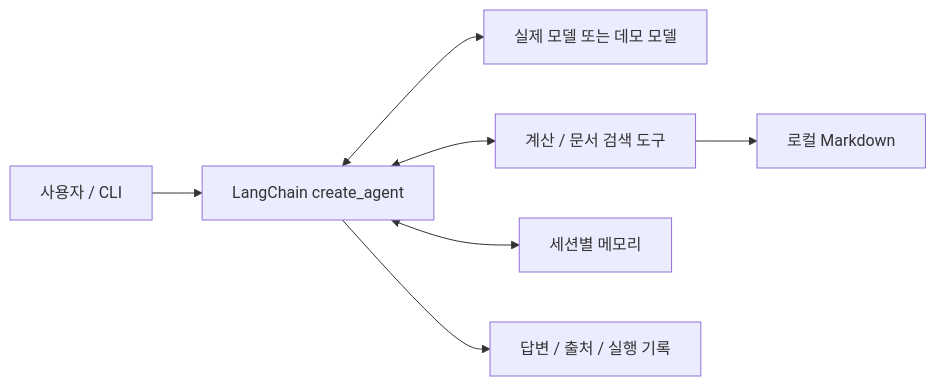
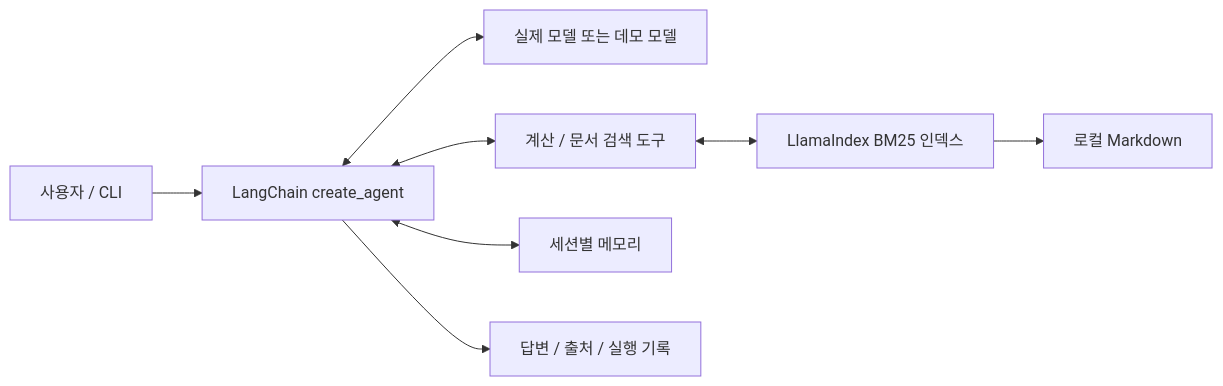
The diagram in docs/langchain-agent.md (choijinwon/agent-langChain), drawn with Mermaid before and after one commit. The commit also changed other lines of this file and 5 other files, not shown here.

Commit message:
Integrate LlamaIndex Markdown ingestion and BM25 retrieval

````diff
--- a/docs/langchain-agent.md
+++ b/docs/langchain-agent.md
@@ -9,9 +10,10 @@
 ```mermaid
 flowchart LR
     U[사용자 / CLI] --> A[LangChain create_agent]
     A <--> M[실제 모델 또는 데모 모델]
     A <--> T[계산 / 문서 검색 도구]
-    T --> K[로컬 Markdown]
+    T <--> I[LlamaIndex BM25 인덱스]
+    I --> K[로컬 Markdown]
     A <--> S[세션별 메모리]
     A --> R[답변 / 출처 / 실행 기록]
 ```
````
